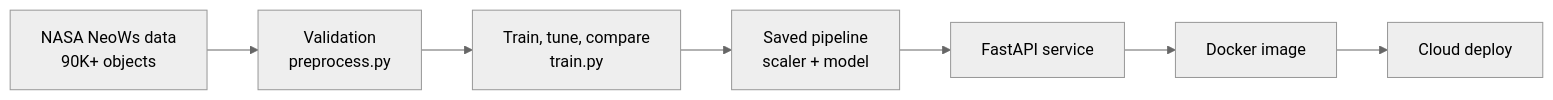
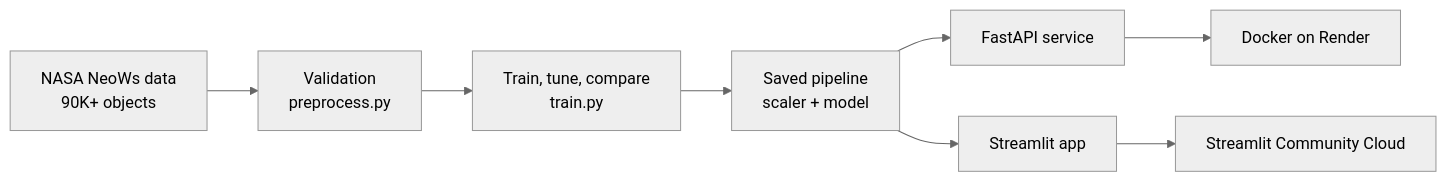
Before and after one commit to sidhantds/Neo-Sentinal: the diagram in README.md, drawn with Mermaid (neutral theme). The commit also changed other lines of this file and 8 other files, not shown here.

First line of the commit message:
Add standalone Streamlit app for deployment

````diff
--- a/README.md
+++ b/README.md
@@ -51,9 +61,10 @@
 ```mermaid
 flowchart LR
     A[NASA NeoWs data<br/>90K+ objects] --> B[Validation<br/>preprocess.py]
     B --> C[Train, tune, compare<br/>train.py]
     C --> D[Saved pipeline<br/>scaler + model]
     D --> E[FastAPI service]
-    E --> F[Docker image]
-    F --> G[Cloud deploy]
+    D --> H[Streamlit app]
+    E --> F[Docker on Render]
+    H --> I[Streamlit Community Cloud]
 ```
````
